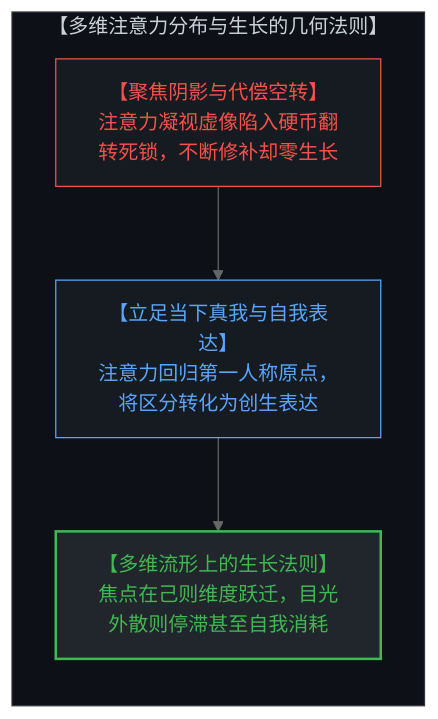
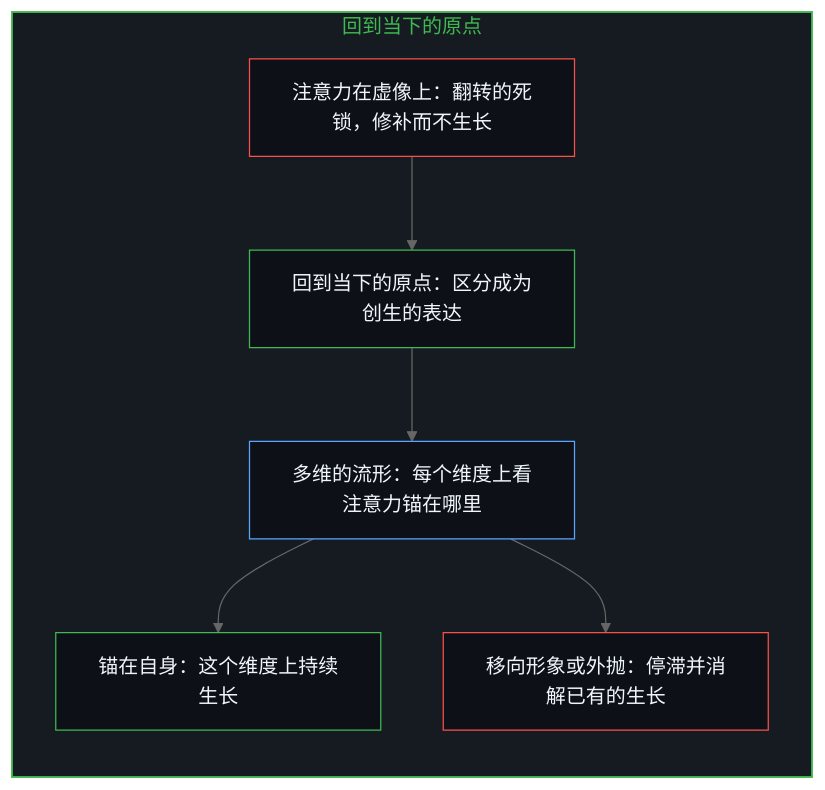
One commit to powerpig99/not-a-toe changed diagram 15 of 18 in content/posts/the-geometry-of-coexistence-and-the-dual-cut.md. Above: the diagram before and after it, drawn with Mermaid (neutral theme). The commit also changed other lines of this file and 2 other files, not shown here.

Commit message:
Refine the-geometry-of-coexistence-and-the-dual-cut: alternating bilingual layout, nine paired diagrams, institutions given their use, the observed and the inferred other, implicit first person

````diff
--- a/content/posts/the-geometry-of-coexistence-and-the-dual-cut.md
+++ b/content/posts/the-geometry-of-coexistence-and-the-dual-cut.md
@@ -297,15 +401,22 @@
 ```mermaid
-graph TD
-    subgraph AttentionAndGrowth["【多维注意力分布与生长的几何法则】"]
+flowchart TD
+    subgraph S_Origin["回到当下的原点"]
         direction TB
-        ShadowChasing["【聚焦阴影与代偿空转】<br>注意力凝视虚像陷入硬币翻转死锁，不断修补却零生长"]
-        PresentAnchor["【立足当下真我与自我表达】<br>注意力回归第一人称原点，将区分转化为创生表达"]
-        MultiDimGrowth["【多维流形上的生长法则】<br>焦点在己则维度跃迁，目光外散则停滞甚至自我消耗"]
-        ShadowChasing --> PresentAnchor
-        PresentAnchor --> MultiDimGrowth
+        Shadow["注意力在虚像上：翻转的死锁，修补而不生长"]
+        Present["回到当下的原点：区分成为创生的表达"]
+        Dim["多维的流形：每个维度上看注意力锚在哪里"]
+        GrowDim["锚在自身：这个维度上持续生长"]
+        Stall["移向形象或外抛：停滞并消解已有的生长"]
+        Shadow --> Present
+        Present --> Dim
+        Dim --> GrowDim
+        Dim --> Stall
     end
-    style AttentionAndGrowth fill:#0d1117,stroke:#30363d,stroke-width:1px,color:#c9d1d9
-    style ShadowChasing fill:#161b22,stroke:#f85149,stroke-width:1px,color:#f85149
-    style PresentAnchor fill:#161b22,stroke:#58a6ff,stroke-width:1px,color:#58a6ff
-    style MultiDimGrowth fill:#21262d,stroke:#3fb950,stroke-width:2px,color:#3fb950
+
+    style S_Origin fill:#161b22,stroke:#3fb950,stroke-width:1.5px,color:#3fb950
+    style Shadow fill:#0d1117,stroke:#f85149,stroke-width:1px,color:#f0f6fc
+    style Present fill:#0d1117,stroke:#3fb950,stroke-width:1px,color:#f0f6fc
+    style Dim fill:#0d1117,stroke:#58a6ff,stroke-width:1px,color:#f0f6fc
+    style GrowDim fill:#0d1117,stroke:#3fb950,stroke-width:1px,color:#f0f6fc
+    style Stall fill:#0d1117,stroke:#f85149,stroke-width:1px,color:#f0f6fc
 ```
````
